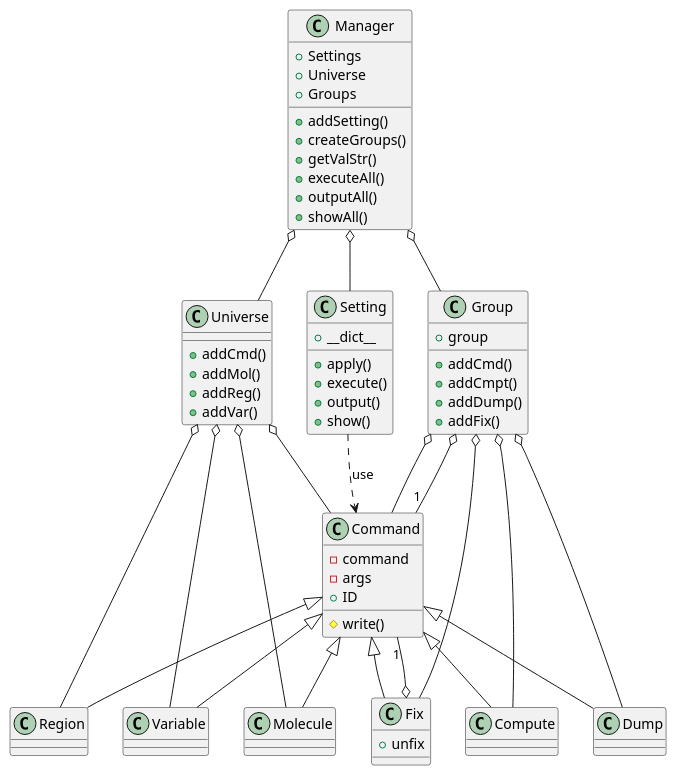
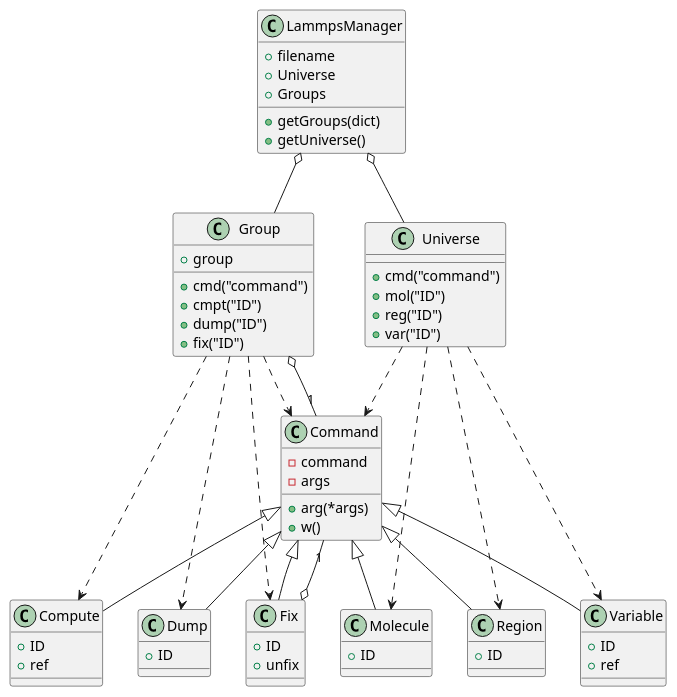
Before and after one commit to irisTa56/lammps-pythonic-wrapper: the diagram in images/class_diagram.md, drawn with PlantUML. The commit also changed 8 other files, not shown here.

````diff
--- a/images/class_diagram.md
+++ b/images/class_diagram.md
@@ -1,81 +1,81 @@
 ```puml
-class Manager {
-  +Settings
+class LammpsManager {
+  +filename
   +Universe
   +Groups
-  +addSetting()
-  +createGroups()
-  +getValStr()
-  +executeAll()
-  +outputAll()
-  +showAll()
-}
-
-class Setting {
-  +__dict__
-  +apply()
-  +execute()
-  +output()
-  +show()
+  +getGroups(dict)
+  +getUniverse()
 }
 
 class Universe {
-  +addCmd()
-  +addMol()
-  +addReg()
-  +addVar()
+  +cmd("command")
+  +mol("ID")
+  +reg("ID")
+  +var("ID")
 }
 
 class Group {
   +group
-  +addCmd()
-  +addCmpt()
-  +addDump()
-  +addFix()
+  +cmd("command")
+  +cmpt("ID")
+  +dump("ID")
+  +fix("ID")
 }
 
 class Command {
   -command
   -args
-  +ID
-  #write()
+  +arg(*args)
+  +w()
 }
 
 class Fix {
+  +ID
   +unfix
 }
 
-class Compute
+class Compute {
+  +ID
+  +ref
+}
 
-class Dump
+class Dump {
+  +ID
+}
 
-class Region
+class Molecule {
+  +ID
+}
 
-class Variable
+class Region {
+  +ID
+}
+
+class Variable {
+  +ID
+  +ref
+}
 
 Command <|-- Fix
 Command <|-- Compute
 Command <|-- Dump
 Command <|-- Molecule
 Command <|-- Region
 Command <|-- Variable
 
-Manager o-- Setting
-Manager o-- Universe
-Manager o-- Group
+LammpsManager o-- Universe
+LammpsManager o-- Group
 
-Universe o-- Command
-Universe o-- Molecule
-Universe o-- Region
-Universe o-- Variable
+Universe ..> Command
+Universe ..> Molecule
+Universe ..> Region
+Universe ..> Variable
 
-Group o-- Command
-Group o-- Fix
-Group o-- Compute
-Group o-- Dump
+Group ..> Command
+Group ..> Fix
+Group ..> Compute
+Group ..> Dump
 
 Group o-- "1" Command
 Fix o-- "1" Command
-
-Setting ..> Command : use
 ```
````
